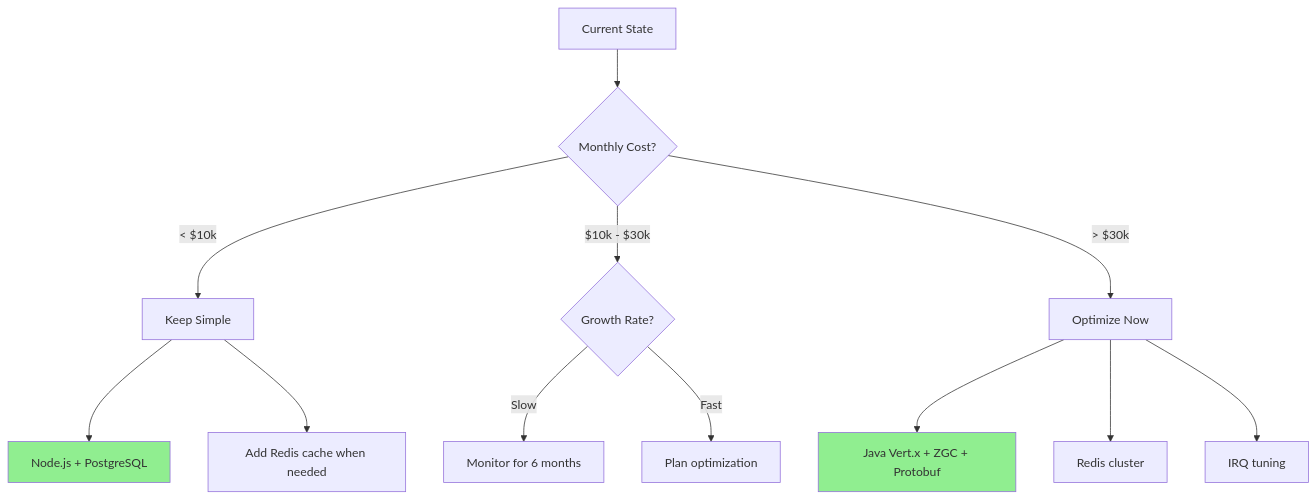
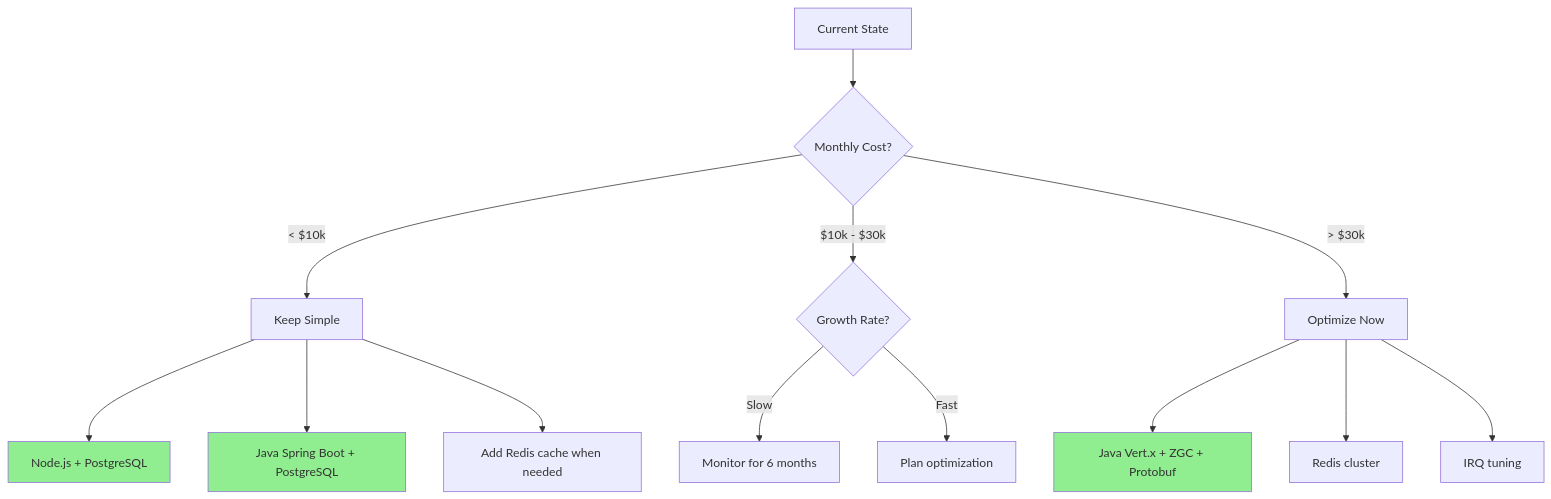
One commit to rsrini7/Learnings changed the fifth of 5 diagrams in Architecture/Scaling-1M-RPS-Java.md. Above: the diagram before and after it, drawn with Mermaid.

Commit message:
docs: update architecture decision flowchart for Java scaling
Update the Mermaid flowchart to reflect the Java Spring Boot + PostgreSQL stack as a primary option alongside Node.js. Also add syntax spacing and adjust styling to match the new node.

````diff
--- a/Architecture/Scaling-1M-RPS-Java.md
+++ b/Architecture/Scaling-1M-RPS-Java.md
@@ -1214,21 +1214,24 @@
 ```mermaid
+
 graph TD
     A[Current State] --> B{Monthly Cost?}
     
     B -->|< $10k| C[Keep Simple]
     B -->|$10k - $30k| D{Growth Rate?}
     B -->|> $30k| E[Optimize Now]
     
     C --> C1[Node.js + PostgreSQL]
-    C --> C2[Add Redis cache when needed]
+    C --> C2[Java Spring Boot + PostgreSQL]
+    C --> C3[Add Redis cache when needed]
     
     D -->|Slow| D1[Monitor for 6 months]
     D -->|Fast| D2[Plan optimization]
     
     E --> E1[Java Vert.x + ZGC + Protobuf]
     E --> E2[Redis cluster]
     E --> E3[IRQ tuning]
     
     style C1 fill:#90EE90
+    style C2 fill:#90EE90
     style E1 fill:#90EE90
 ```
````
